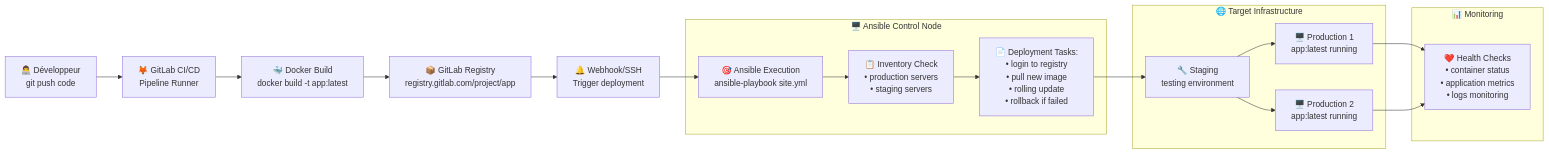
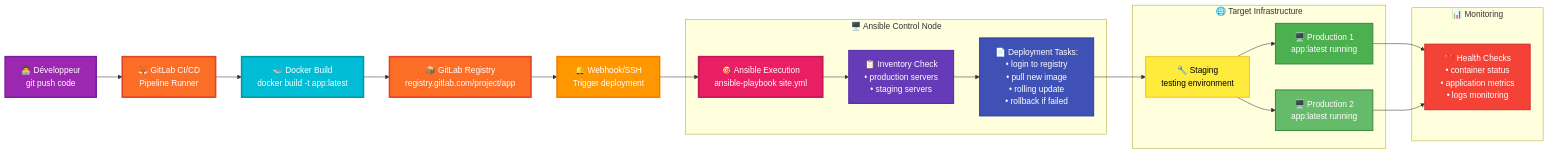
Before and after one commit to JSurquin/ansible: the third of 3 diagrams in pages/ansible.md, drawn with Mermaid. The commit also changed other lines of this file, not shown here.

````diff
--- a/pages/ansible.md
+++ b/pages/ansible.md
@@ -233,37 +257,50 @@
 ```mermaid
 flowchart LR
     dev["👨‍💻 Développeur<br/>git push code"]
     ci["🦊 GitLab CI/CD<br/>Pipeline Runner"]
     img["🐳 Docker Build<br/>docker build -t app:latest"]
     reg["📦 GitLab Registry<br/>registry.gitlab.com/project/app"]
     webhook["🔔 Webhook/SSH<br/>Trigger deployment"]
     ans["🎯 Ansible Execution<br/>ansible-playbook site.yml"]
     
     dev --> ci
     ci --> img
     img --> reg
     reg --> webhook
     webhook --> ans
 
     subgraph "🖥️ Ansible Control Node"
         ans --> inventory["📋 Inventory Check<br/>• production servers<br/>• staging servers"]
         inventory --> tasks["📄 Deployment Tasks:<br/>• login to registry<br/>• pull new image<br/>• rolling update<br/>• rollback if failed"]
     end
 
     subgraph "🌐 Target Infrastructure"
         prod1["🖥️ Production 1<br/>app:latest running"]
         prod2["🖥️ Production 2<br/>app:latest running"]
         stage1["🔧 Staging<br/>testing environment"]
     end
 
     tasks --> stage1
     stage1 --> prod1
     stage1 --> prod2
     
     subgraph "📊 Monitoring"
         health["❤️ Health Checks<br/>• container status<br/>• application metrics<br/>• logs monitoring"]
     end
     
     prod1 --> health
     prod2 --> health
+
+    style dev fill:#9c27b0,stroke:#7b1fa2,stroke-width:3px,color:#fff
+    style ci fill:#fc6d26,stroke:#e24329,stroke-width:3px,color:#fff
+    style img fill:#00bcd4,stroke:#0097a7,stroke-width:3px,color:#fff
+    style reg fill:#fc6d26,stroke:#e24329,stroke-width:3px,color:#fff
+    style webhook fill:#ff9800,stroke:#f57c00,stroke-width:3px,color:#fff
+    style ans fill:#e91e63,stroke:#c2185b,stroke-width:3px,color:#fff
+    style inventory fill:#673ab7,stroke:#512da8,stroke-width:2px,color:#fff
+    style tasks fill:#3f51b5,stroke:#303f9f,stroke-width:2px,color:#fff
+    style prod1 fill:#4caf50,stroke:#388e3c,stroke-width:2px,color:#fff
+    style prod2 fill:#66bb6a,stroke:#388e3c,stroke-width:2px,color:#fff
+    style stage1 fill:#ffeb3b,stroke:#fbc02d,stroke-width:2px,color:#000
+    style health fill:#f44336,stroke:#d32f2f,stroke-width:2px,color:#fff
 ```
````
